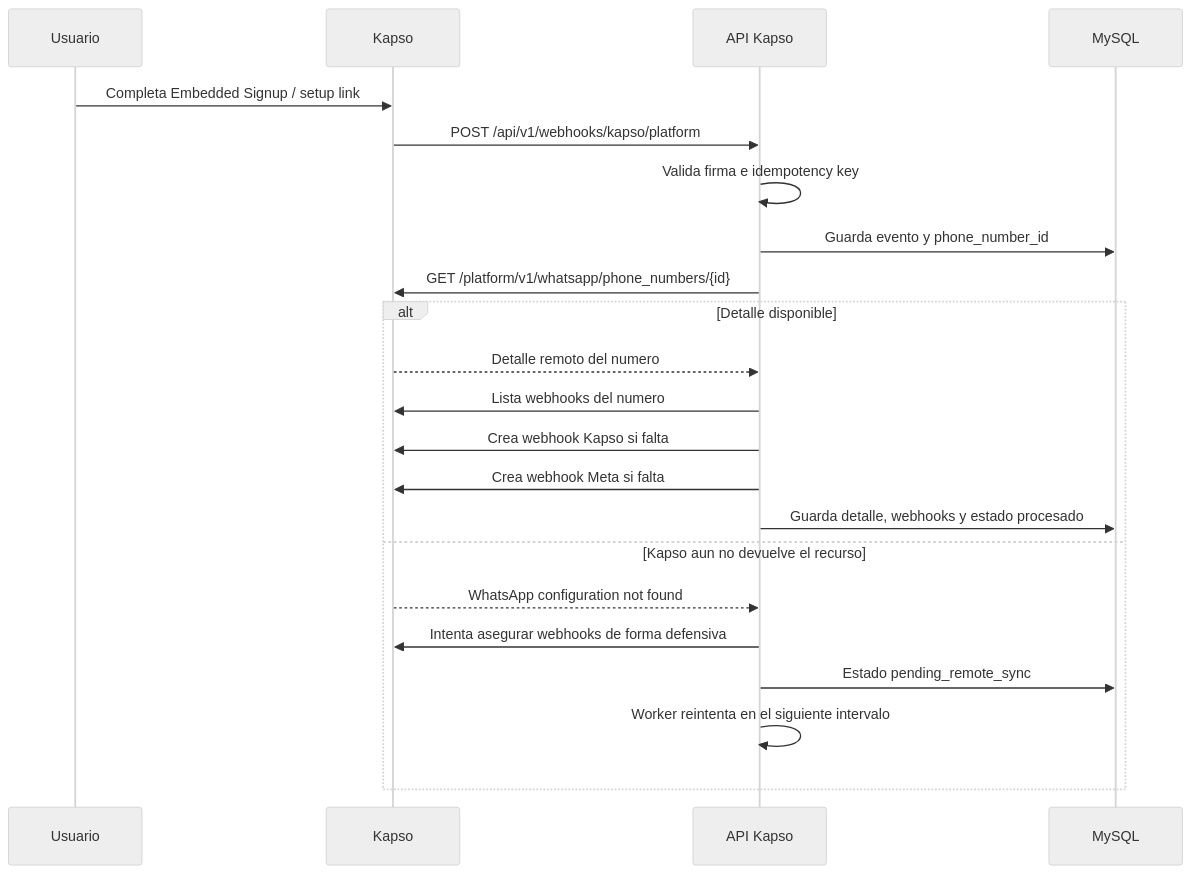
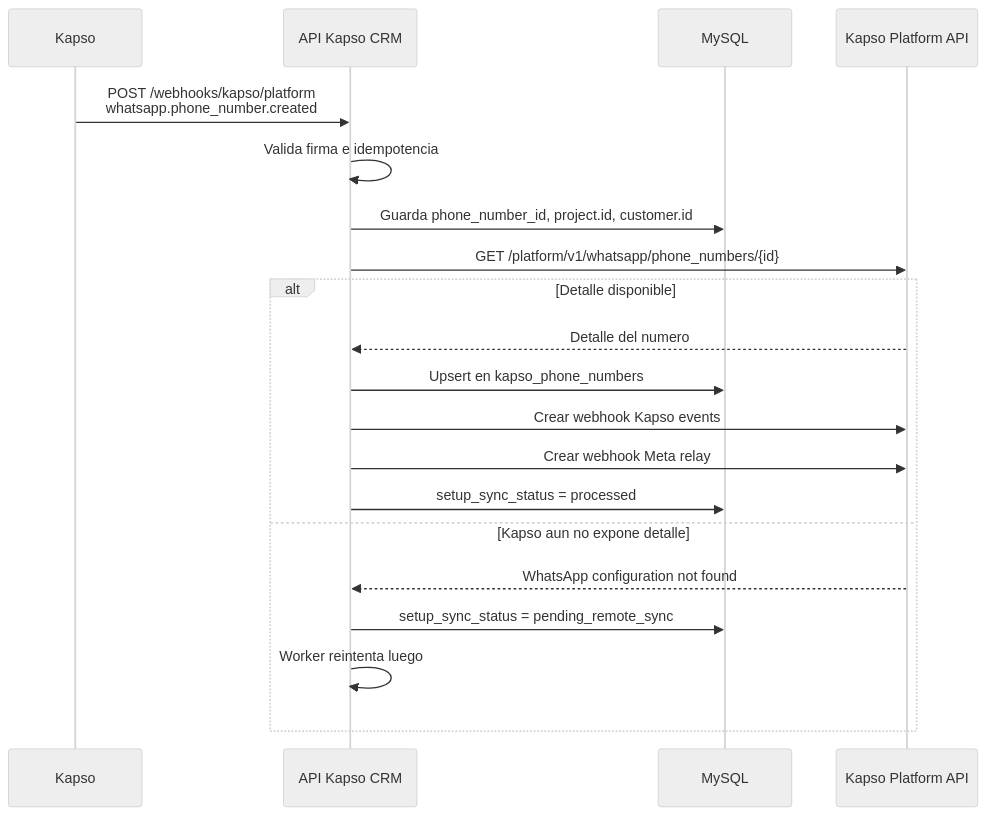
The second of 7 diagrams in README.md (roccacr/CRM_VENTAS), drawn with Mermaid (neutral theme) before and after one commit. The commit also changed other lines of this file and 1 other file, not shown here.

Commit message:
docs: update Kapso business flow documentation

````diff
--- a/README.md
+++ b/README.md
@@ -54,25 +101,23 @@
 ```mermaid
 sequenceDiagram
-    participant U as Usuario
-    participant K as Kapso
-    participant A as API Kapso
-    participant DB as MySQL
+  participant K as Kapso
+  participant API as API Kapso CRM
+  participant DB as MySQL
+  participant KP as Kapso Platform API
 
-    U->>K: Completa Embedded Signup / setup link
-    K->>A: POST /api/v1/webhooks/kapso/platform
-    A->>A: Valida firma e idempotency key
-    A->>DB: Guarda evento y phone_number_id
-    A->>K: GET /platform/v1/whatsapp/phone_numbers/{id}
-    alt Detalle disponible
-        K-->>A: Detalle remoto del numero
-        A->>K: Lista webhooks del numero
-        A->>K: Crea webhook Kapso si falta
-        A->>K: Crea webhook Meta si falta
-        A->>DB: Guarda detalle, webhooks y estado procesado
-    else Kapso aun no devuelve el recurso
-        K-->>A: WhatsApp configuration not found
-        A->>K: Intenta asegurar webhooks de forma defensiva
-        A->>DB: Estado pending_remote_sync
-        A->>A: Worker reintenta en el siguiente intervalo
-    end
+  K->>API: POST /webhooks/kapso/platform<br/>whatsapp.phone_number.created
+  API->>API: Valida firma e idempotencia
+  API->>DB: Guarda phone_number_id, project.id, customer.id
+  API->>KP: GET /platform/v1/whatsapp/phone_numbers/{id}
+  alt Detalle disponible
+    KP-->>API: Detalle del numero
+    API->>DB: Upsert en kapso_phone_numbers
+    API->>KP: Crear webhook Kapso events
+    API->>KP: Crear webhook Meta relay
+    API->>DB: setup_sync_status = processed
+  else Kapso aun no expone detalle
+    KP-->>API: WhatsApp configuration not found
+    API->>DB: setup_sync_status = pending_remote_sync
+    API->>API: Worker reintenta luego
+  end
 ```
````
